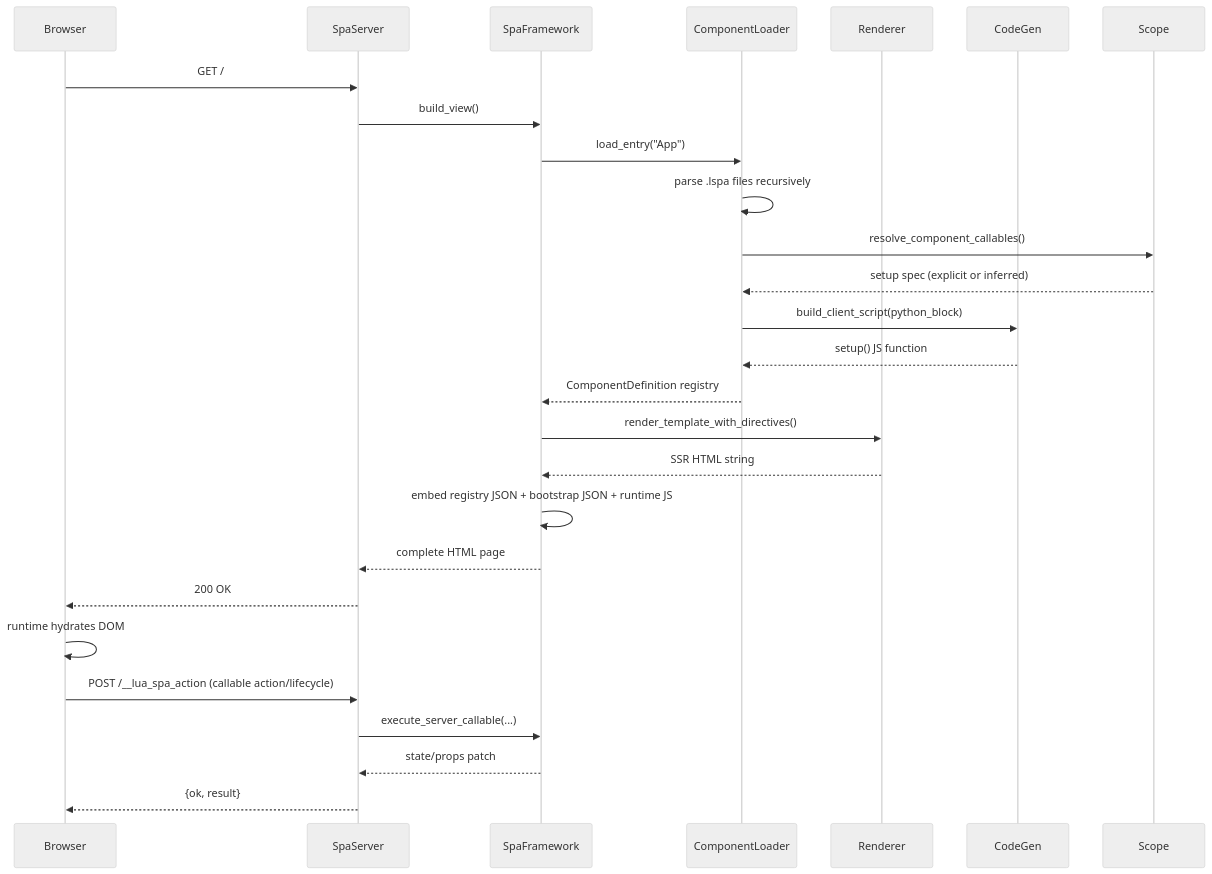
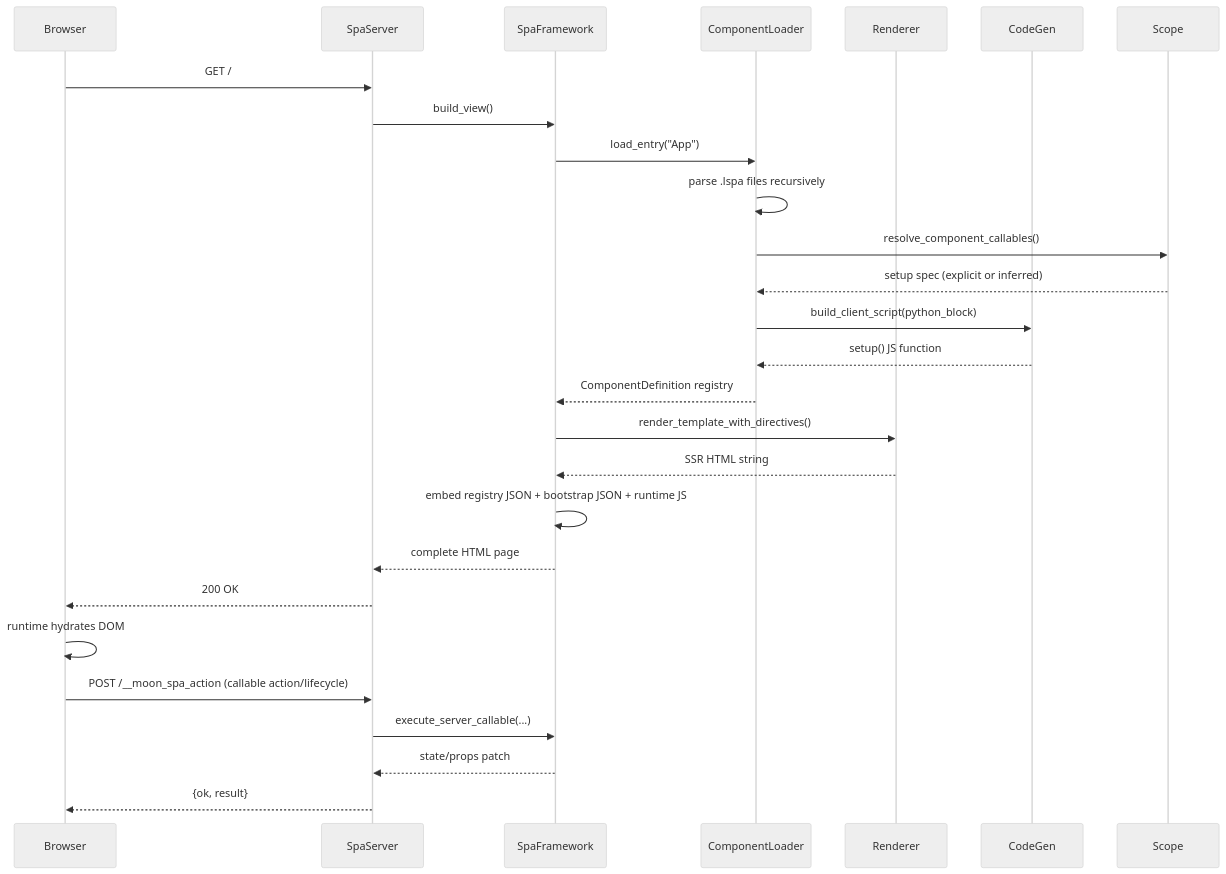
One commit to roderiano/lua-spa changed the second of 3 diagrams in docs/docs/advanced/architecture.md. Above: the diagram before and after it, drawn with Mermaid (neutral theme). The commit also changed other lines of this file and 90 other files, not shown here.

````diff
--- a/docs/docs/advanced/architecture.md
+++ b/docs/docs/advanced/architecture.md
@@ -50,30 +50,30 @@
 ```mermaid
 sequenceDiagram
     participant Client as Browser
     participant Server as SpaServer
     participant FW as SpaFramework
     participant Loader as ComponentLoader
     participant Renderer as Renderer
     participant CG as CodeGen
     participant Scope as Scope
 
     Client->>Server: GET /
     Server->>FW: build_view()
     FW->>Loader: load_entry("App")
     Loader->>Loader: parse .lspa files recursively
     Loader->>Scope: resolve_component_callables()
     Scope-->>Loader: setup spec (explicit or inferred)
     Loader->>CG: build_client_script(python_block)
     CG-->>Loader: setup() JS function
     Loader-->>FW: ComponentDefinition registry
     FW->>Renderer: render_template_with_directives()
     Renderer-->>FW: SSR HTML string
     FW->>FW: embed registry JSON + bootstrap JSON + runtime JS
     FW-->>Server: complete HTML page
     Server-->>Client: 200 OK
     Client->>Client: runtime hydrates DOM
-    Client->>Server: POST /__lua_spa_action (callable action/lifecycle)
+    Client->>Server: POST /__moon_spa_action (callable action/lifecycle)
     Server->>FW: execute_server_callable(...)
     FW-->>Server: state/props patch
     Server-->>Client: {ok, result}
 ```
````
